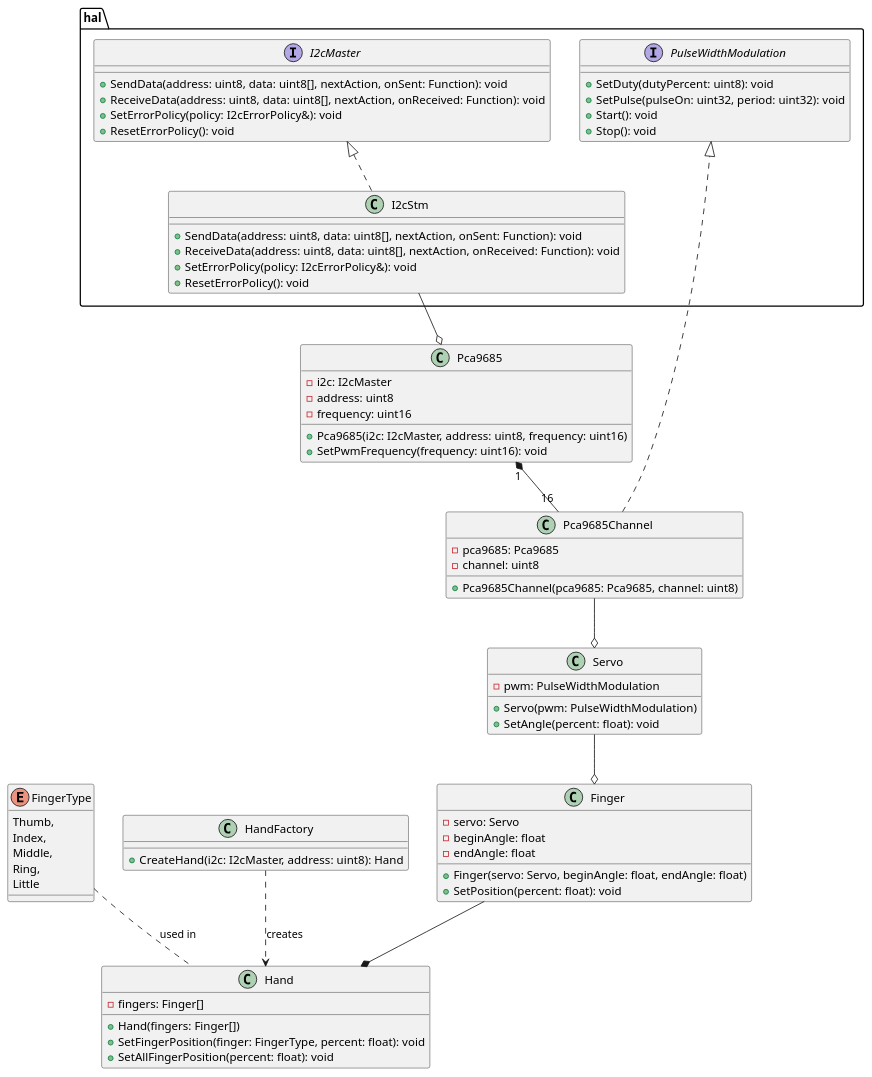
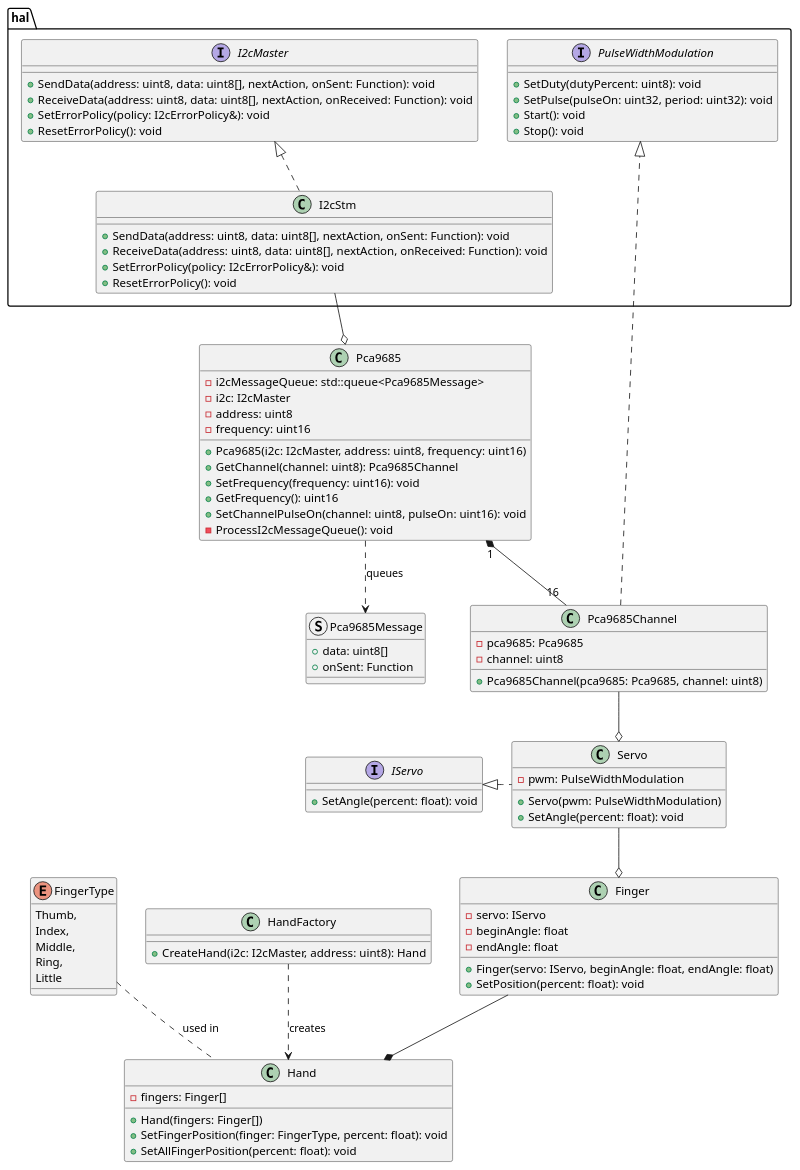
The diagram in design.plantuml (damyvv/bionic-hand), drawn with PlantUML before and after one commit.

Commit message:
Updated design diagram

```diff
--- a/design.plantuml
+++ b/design.plantuml
@@ -1,85 +1,101 @@
 @startuml
 
 package hal {
     interface PulseWidthModulation {
         +SetDuty(dutyPercent: uint8): void
         +SetPulse(pulseOn: uint32, period: uint32): void
         +Start(): void
         +Stop(): void
     }
 
     interface I2cMaster {
         +SendData(address: uint8, data: uint8[], nextAction, onSent: Function): void
         +ReceiveData(address: uint8, data: uint8[], nextAction, onReceived: Function): void
         +SetErrorPolicy(policy: I2cErrorPolicy&): void
         +ResetErrorPolicy(): void        
     }
 
     class I2cStm {
         +SendData(address: uint8, data: uint8[], nextAction, onSent: Function): void
         +ReceiveData(address: uint8, data: uint8[], nextAction, onReceived: Function): void
         +SetErrorPolicy(policy: I2cErrorPolicy&): void
         +ResetErrorPolicy(): void
     }
 
     I2cMaster <|.. I2cStm
 }
 
+struct Pca9685Message {
+    +data: uint8[]
+    +onSent: Function
+}
+
 class Pca9685 {
+    -i2cMessageQueue: std::queue<Pca9685Message>
     -i2c: I2cMaster
     -address: uint8
     -frequency: uint16
     +Pca9685(i2c: I2cMaster, address: uint8, frequency: uint16)
-    +SetPwmFrequency(frequency: uint16): void
+    +GetChannel(channel: uint8): Pca9685Channel
+    +SetFrequency(frequency: uint16): void
+    +GetFrequency(): uint16
+    +SetChannelPulseOn(channel: uint8, pulseOn: uint16): void
+    -ProcessI2cMessageQueue(): void
 }
 
 class Pca9685Channel {
     -pca9685: Pca9685
     -channel: uint8
     +Pca9685Channel(pca9685: Pca9685, channel: uint8)
 }
 
 Pca9685 "1" *-- "16" Pca9685Channel
 I2cStm --o Pca9685
 Pca9685Channel ..|> PulseWidthModulation
 
 class Servo {
     -pwm: PulseWidthModulation
     +Servo(pwm: PulseWidthModulation)
     +SetAngle(percent: float): void
 }
 
+interface IServo {
+    +SetAngle(percent: float): void
+}
+
 class Finger {
-    -servo: Servo
+    -servo: IServo
     -beginAngle: float
     -endAngle: float
-    +Finger(servo: Servo, beginAngle: float, endAngle: float)
+    +Finger(servo: IServo, beginAngle: float, endAngle: float)
     +SetPosition(percent: float): void
 }
 
 class Hand {
     -fingers: Finger[]
     +Hand(fingers: Finger[])
     +SetFingerPosition(finger: FingerType, percent: float): void
     +SetAllFingerPosition(percent: float): void
 }
 
 enum FingerType {
     Thumb,
     Index,
     Middle,
     Ring,
     Little
 }
 
 class HandFactory {
     +CreateHand(i2c: I2cMaster, address: uint8): Hand
 }
 
+Pca9685 ..> Pca9685Message : queues
 Pca9685Channel --o Servo
+Servo .l.|> IServo
 Servo --o Finger
 Finger --* Hand
 HandFactory ..> Hand : creates
 FingerType .. Hand : used in
 
 @enduml
```
